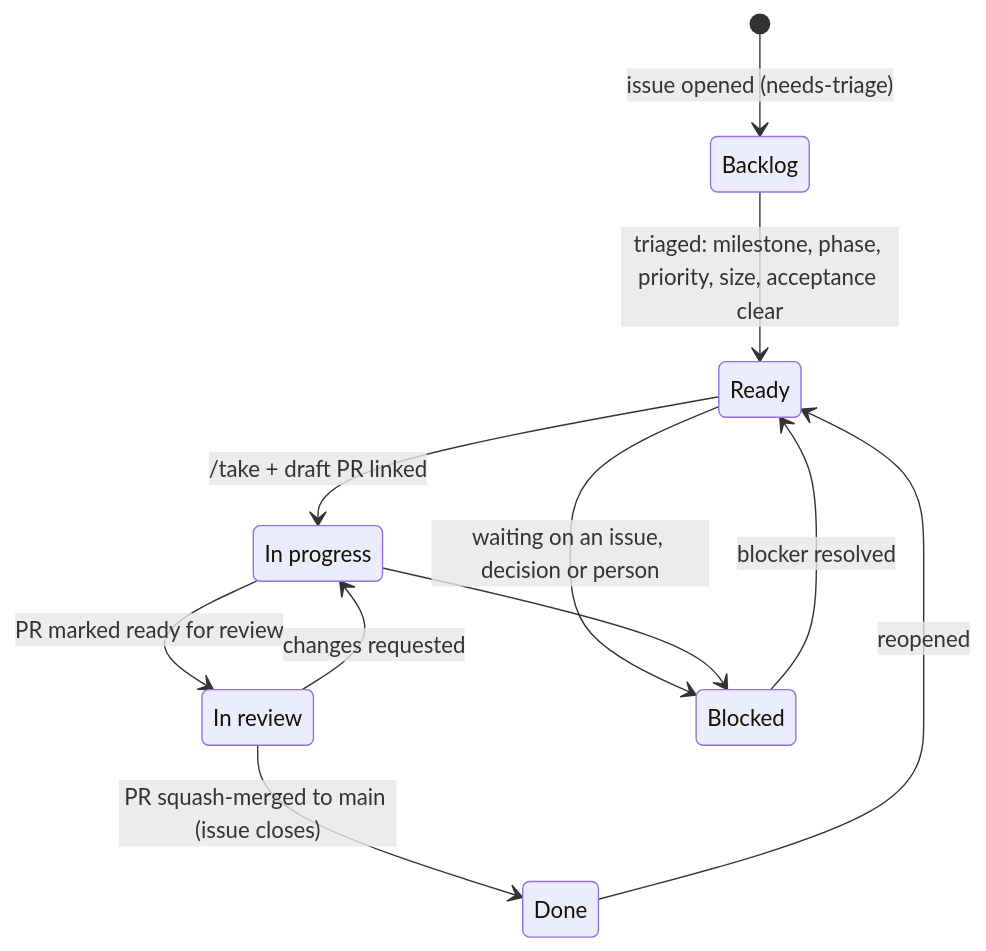
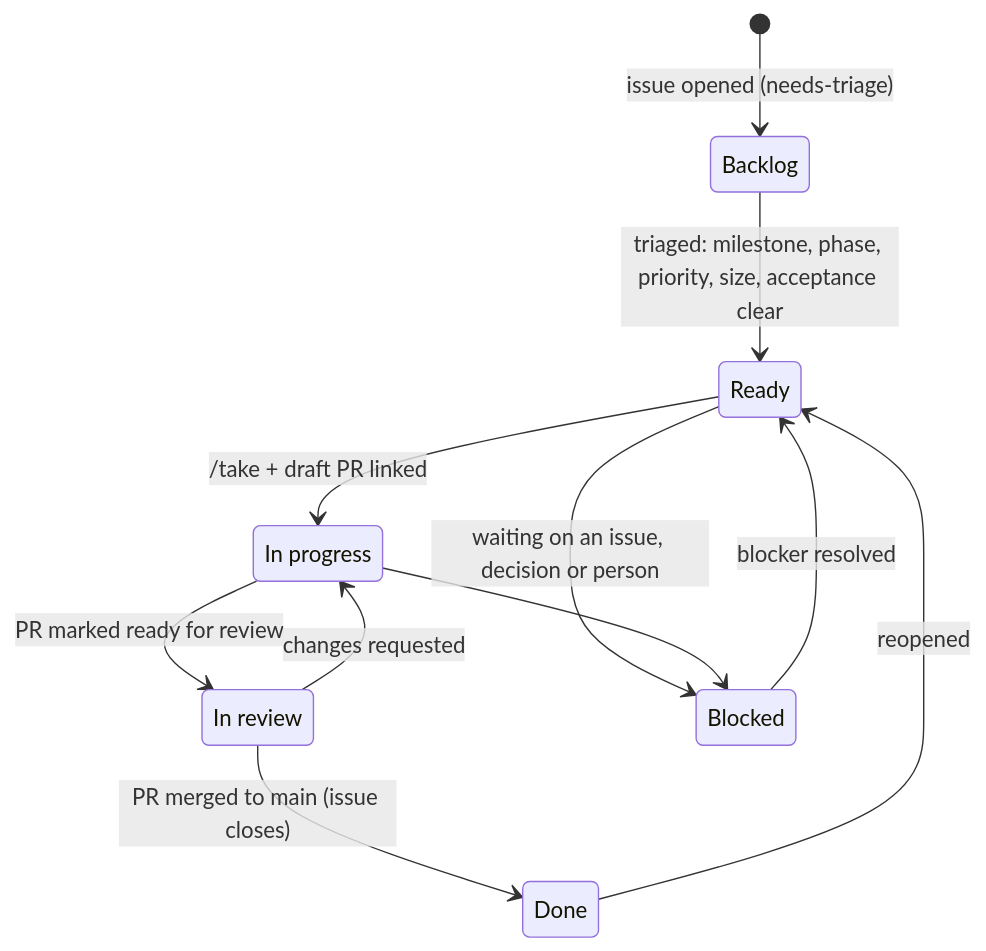
One commit to Aaqibhafeezkhan/THD-Room-Finder changed the diagram in docs/contributing/workflow.md. Above: the diagram before and after it, drawn with Mermaid. The commit also changed other lines of this file and 4 other files, not shown here.

````diff
--- a/docs/contributing/workflow.md
+++ b/docs/contributing/workflow.md
@@ -5,15 +5,15 @@
 ```mermaid
 stateDiagram-v2
     [*] --> Backlog: issue opened (needs-triage)
     Backlog --> Ready: triaged: milestone, phase, priority, size, acceptance clear
     Ready --> InProgress: /take + draft PR linked
     InProgress --> InReview: PR marked ready for review
     InReview --> InProgress: changes requested
-    InReview --> Done: PR squash-merged to main (issue closes)
+    InReview --> Done: PR merged to main (issue closes)
     Ready --> Blocked: waiting on an issue, decision or person
     InProgress --> Blocked
     Blocked --> Ready: blocker resolved
     Done --> Ready: reopened
     state "In progress" as InProgress
     state "In review" as InReview
 ```
````
